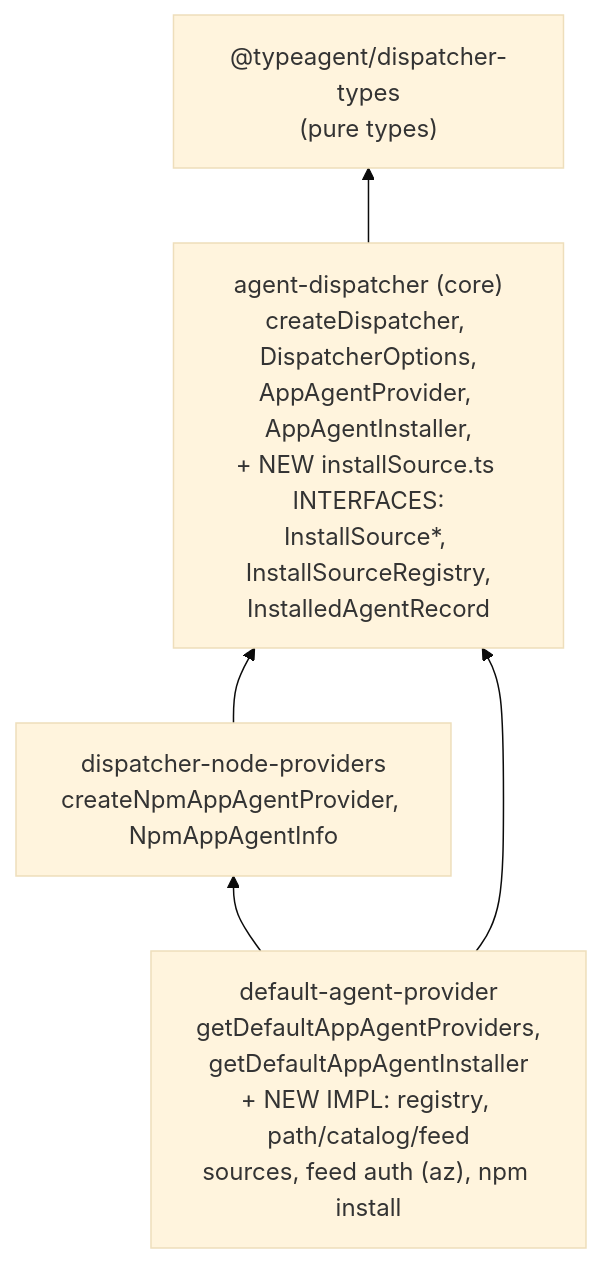
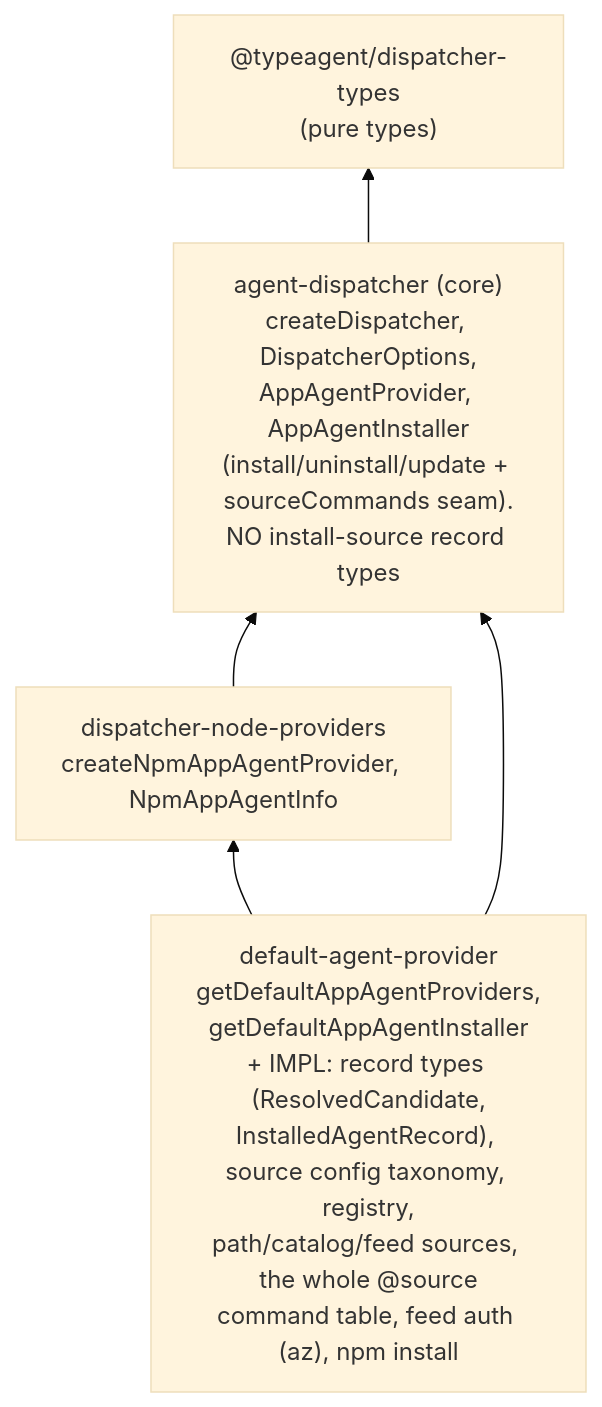
The second of 5 diagrams in ts/docs/design/agentInstallSource/DESIGN.md (microsoft/TypeAgent), drawn with Mermaid (base theme) before and after one commit. The commit also changed other lines of this file and 18 other files, not shown here.

First line of the commit message:
Host owns the entire @source surface and install-record types

````diff
--- a/ts/docs/design/agentInstallSource/DESIGN.md
+++ b/ts/docs/design/agentInstallSource/DESIGN.md
@@ -342,11 +370,11 @@
 ```mermaid
 flowchart BT
     types["@typeagent/dispatcher-types<br/>(pure types)"]
-    disp["agent-dispatcher (core)<br/>createDispatcher, DispatcherOptions,<br/>AppAgentProvider, AppAgentInstaller,<br/>+ NEW installSource.ts INTERFACES:<br/>InstallSource*, InstallSourceRegistry,<br/>InstalledAgentRecord"]
+    disp["agent-dispatcher (core)<br/>createDispatcher, DispatcherOptions,<br/>AppAgentProvider, AppAgentInstaller<br/>(install/uninstall/update + sourceCommands seam).<br/>NO install-source record types"]
     node["dispatcher-node-providers<br/>createNpmAppAgentProvider, NpmAppAgentInfo"]
-    dflt["default-agent-provider<br/>getDefaultAppAgentProviders,<br/>getDefaultAppAgentInstaller<br/>+ NEW IMPL: registry, path/catalog/feed<br/>sources, feed auth (az), npm install"]
+    dflt["default-agent-provider<br/>getDefaultAppAgentProviders,<br/>getDefaultAppAgentInstaller<br/>+ IMPL: record types (ResolvedCandidate,<br/>InstalledAgentRecord), source config taxonomy, registry,<br/>path/catalog/feed sources, the whole @source<br/>command table, feed auth (az), npm install"]
     disp --> types
     node --> disp
     dflt --> disp
     dflt --> node
 ```
````
